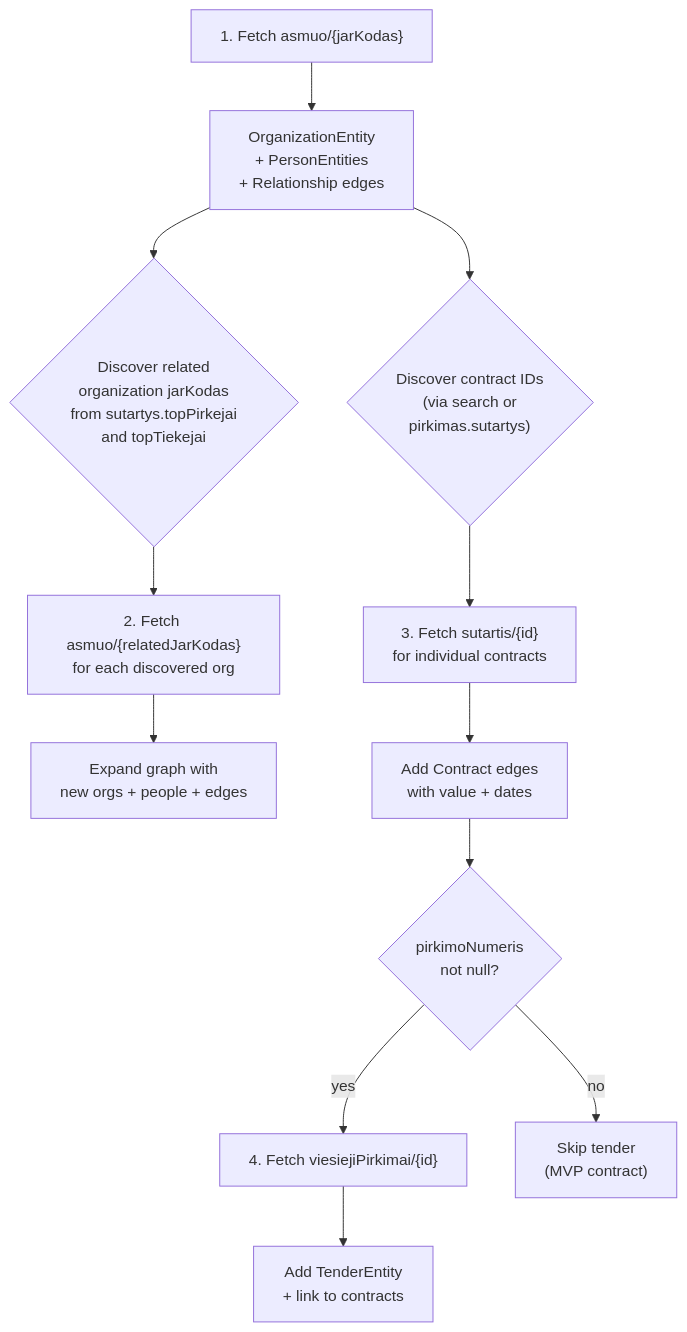
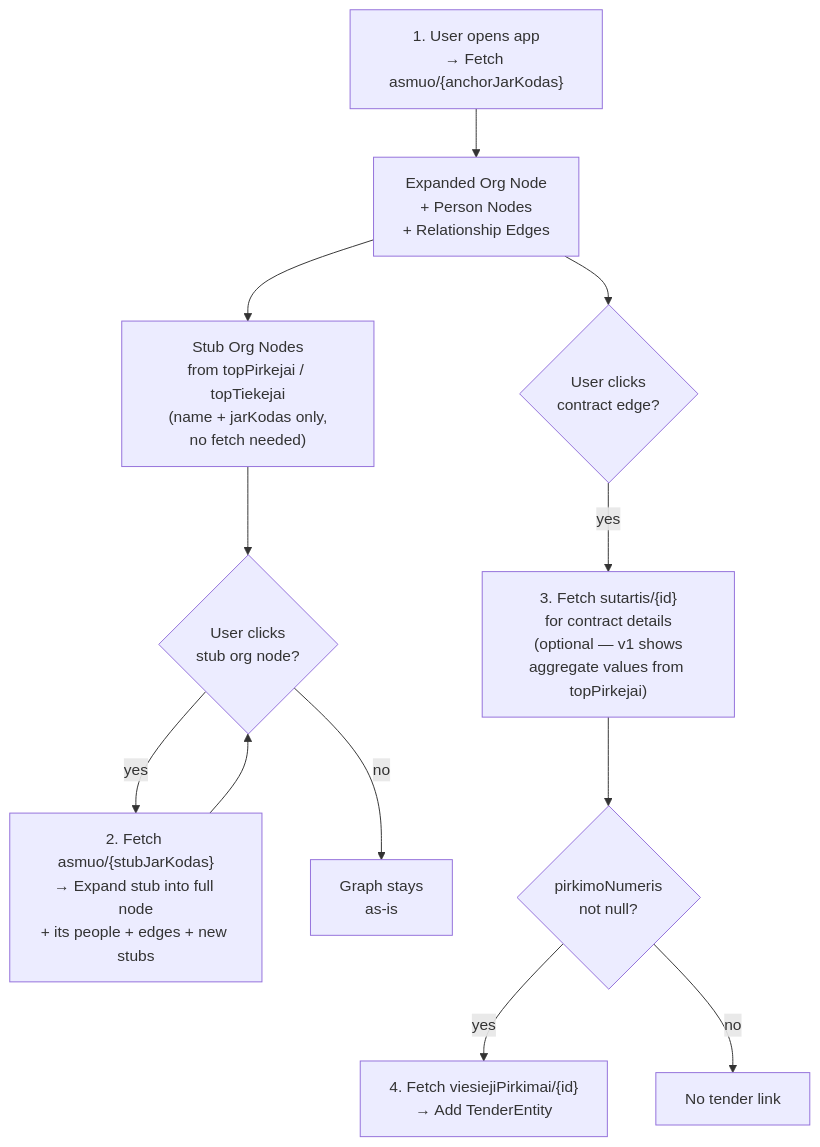
The second of 4 diagrams in docs/ARCHITECTURE.md (rimvydasb/risk-intelligence), drawn with Mermaid before and after one commit. The commit also changed other lines of this file, not shown here.

Commit message:
update architecture documentation; refine entity ID conventions and staging storage flow; enhance graph population strategy

````diff
--- a/docs/ARCHITECTURE.md
+++ b/docs/ARCHITECTURE.md
@@ -297,14 +309,14 @@
 ```mermaid
 flowchart TD
-    A["1. Fetch asmuo/{jarKodas}"] --> B["OrganizationEntity\n+ PersonEntities\n+ Relationship edges"]
-    B --> C{"Discover related\norganization jarKodas\nfrom sutartys.topPirkejai\nand topTiekejai"}
-    C --> D["2. Fetch asmuo/{relatedJarKodas}\nfor each discovered org"]
-    D --> E["Expand graph with\nnew orgs + people + edges"]
-    B --> F{"Discover contract IDs\n(via search or\npirkimas.sutartys)"}
-    F --> G["3. Fetch sutartis/{id}\nfor individual contracts"]
-    G --> H["Add Contract edges\nwith value + dates"]
+    A["1. User opens app\n→ Fetch asmuo/{anchorJarKodas}"] --> B["Expanded Org Node\n+ Person Nodes\n+ Relationship Edges"]
+    B --> C["Stub Org Nodes\nfrom topPirkejai / topTiekejai\n(name + jarKodas only,\nno fetch needed)"]
+    C --> D{"User clicks\nstub org node?"}
+    D -->|yes| E["2. Fetch asmuo/{stubJarKodas}\n→ Expand stub into full node\n+ its people + edges + new stubs"]
+    D -->|no| F["Graph stays\nas-is"]
+    E --> D
+    B --> G{"User clicks\ncontract edge?"}
+    G -->|yes| H["3. Fetch sutartis/{id}\nfor contract details\n(optional — v1 shows\naggregate values from topPirkejai)"]
     H --> I{"pirkimoNumeris\nnot null?"}
-    I -->|yes| J["4. Fetch viesiejiPirkimai/{id}"]
-    J --> K["Add TenderEntity\n+ link to contracts"]
-    I -->|no| L["Skip tender\n(MVP contract)"]
+    I -->|yes| J["4. Fetch viesiejiPirkimai/{id}\n→ Add TenderEntity"]
+    I -->|no| K["No tender link"]
 ```
````
